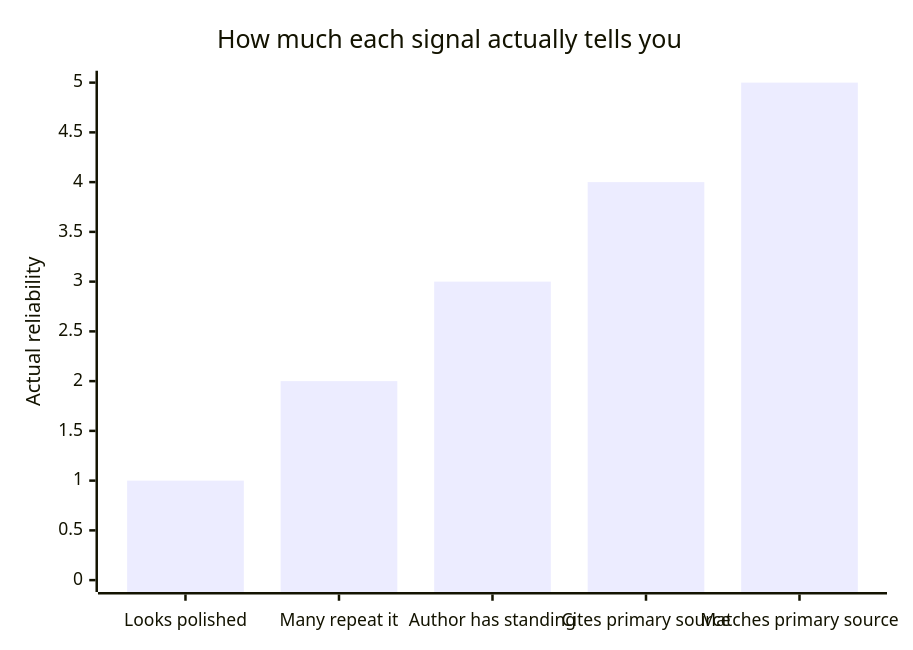
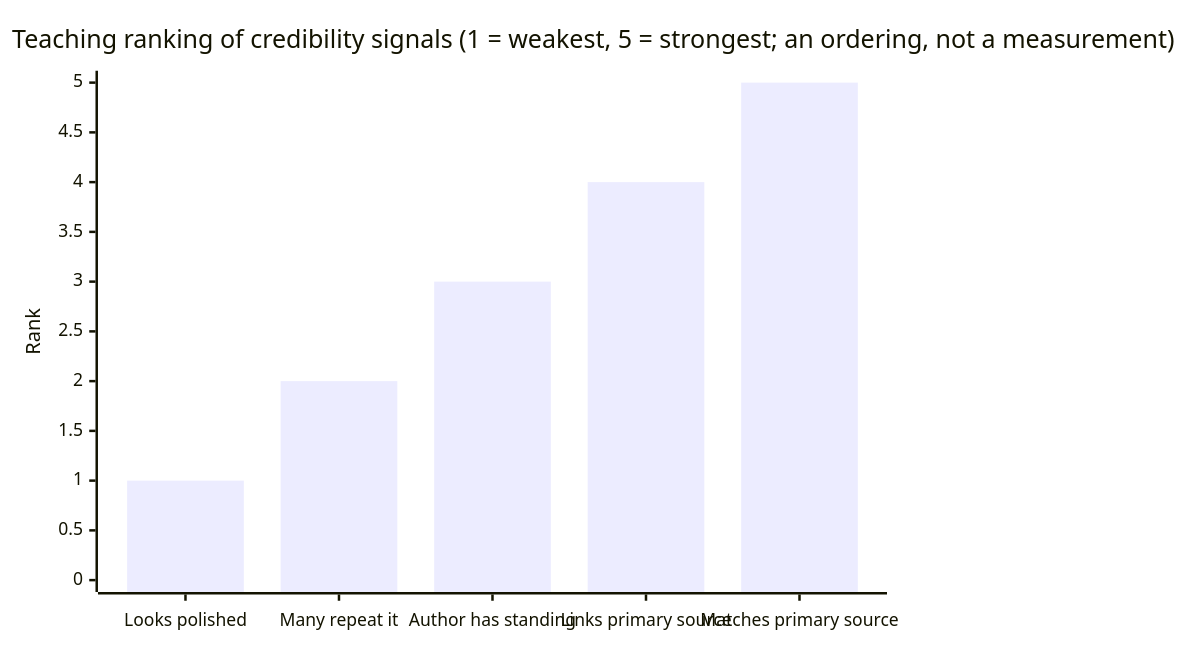
The third of 3 diagrams in src/content/learning-craft/source-evaluation/L2-concept.mdx (francoandreDev/knowledge), drawn with Mermaid before and after one commit. The commit also changed other lines of this file and 3 other files, not shown here.

````diff
--- a/src/content/learning-craft/source-evaluation/L2-concept.mdx
+++ b/src/content/learning-craft/source-evaluation/L2-concept.mdx
@@ -81,7 +81,7 @@
 ```mermaid
 xychart-beta
-    title "How much each signal actually tells you"
-    x-axis ["Looks polished", "Many repeat it", "Author has standing", "Cites primary source", "Matches primary source"]
-    y-axis "Actual reliability" 0 --> 5
+    title "Teaching ranking of credibility signals (1 = weakest, 5 = strongest; an ordering, not a measurement)"
+    x-axis ["Looks polished", "Many repeat it", "Author has standing", "Links primary source", "Matches primary source"]
+    y-axis "Rank" 0 --> 5
     bar [1, 2, 3, 4, 5]
 ```
````
